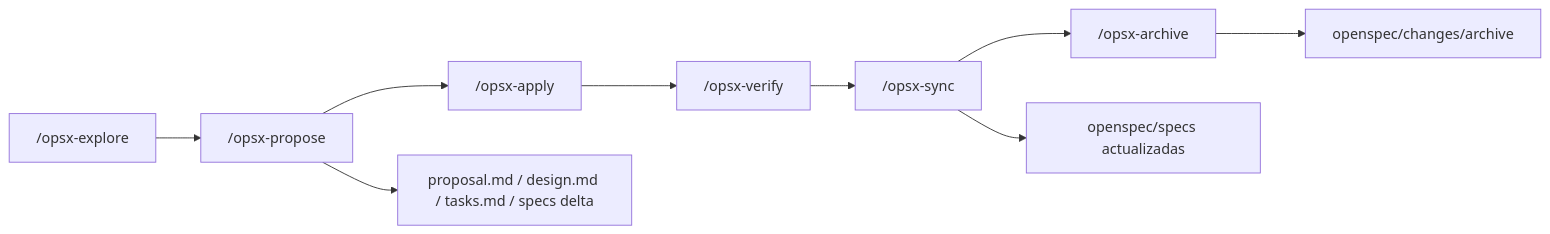
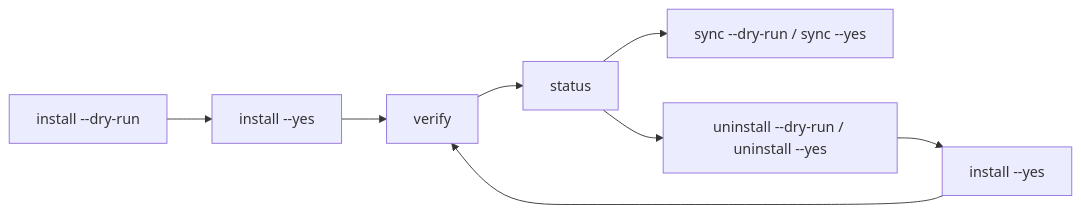
Before and after one commit to adrotech/lufy-ai: the second of 2 diagrams in README.md, drawn with Mermaid. The commit also changed other lines of this file and 16 other files, not shown here.

Commit message:
docs: refresh harness architecture documentation

````diff
--- a/README.md
+++ b/README.md
@@ -224,12 +167,10 @@
 ```mermaid
 flowchart LR
-    E["/opsx-explore"] --> P["/opsx-propose"]
-    P --> A["/opsx-apply"]
-    A --> V["/opsx-verify"]
-    V --> S["/opsx-sync"]
-    S --> R["/opsx-archive"]
-
-    P --> D["proposal.md / design.md / tasks.md / specs delta"]
-    S --> M["openspec/specs actualizadas"]
-    R --> H["openspec/changes/archive"]
+    I["install --dry-run"] --> A["install --yes"]
+    A --> V["verify"]
+    V --> S["status"]
+    S --> Y["sync --dry-run / sync --yes"]
+    S --> U["uninstall --dry-run / uninstall --yes"]
+    U --> R["install --yes"]
+    R --> V
 ```
````
